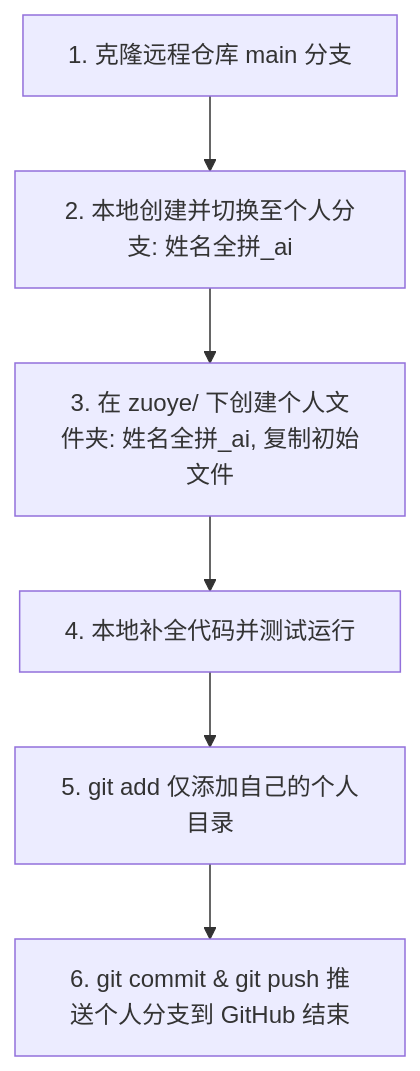
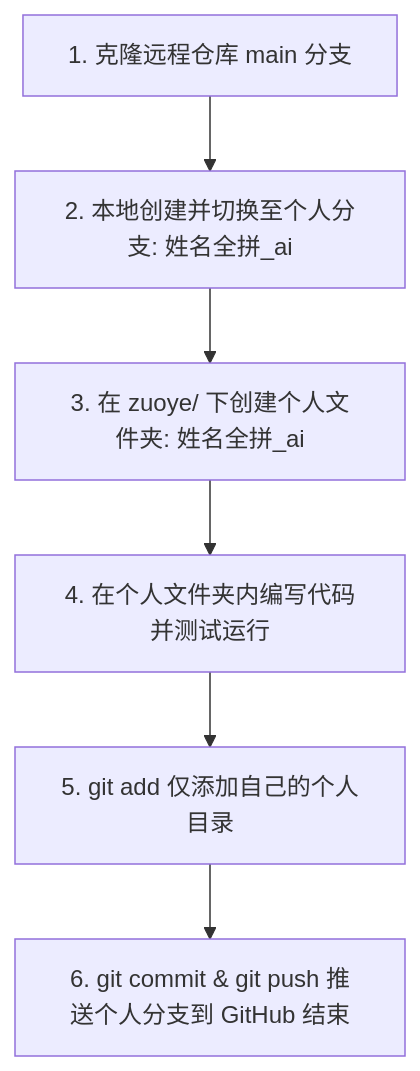
One commit to haozhiping/ZJSZJD_502_AI changed the second of 2 diagrams in README.md. Above: the diagram before and after it, drawn with Mermaid. The commit also changed other lines of this file and 4 other files, not shown here.

````diff
--- a/README.md
+++ b/README.md
@@ -31,8 +31,8 @@
 ```mermaid
 graph TD
     A[1. 克隆远程仓库 main 分支] --> B[2. 本地创建并切换至个人分支: 姓名全拼_ai]
-    B --> C[3. 在 zuoye/ 下创建个人文件夹: 姓名全拼_ai, 复制初始文件]
-    C --> D[4. 本地补全代码并测试运行]
+    B --> C[3. 在 zuoye/ 下创建个人文件夹: 姓名全拼_ai]
+    C --> D[4. 在个人文件夹内编写代码并测试运行]
     D --> E[5. git add 仅添加自己的个人目录]
     E --> F[6. git commit & git push 推送个人分支到 GitHub 结束]
 ```
````
